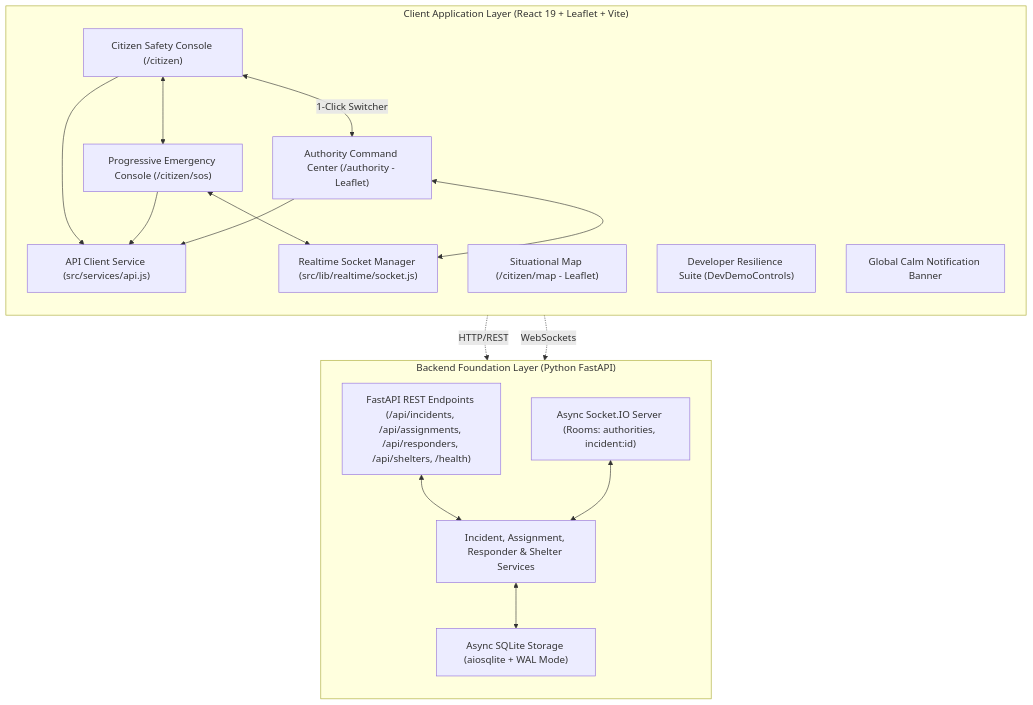
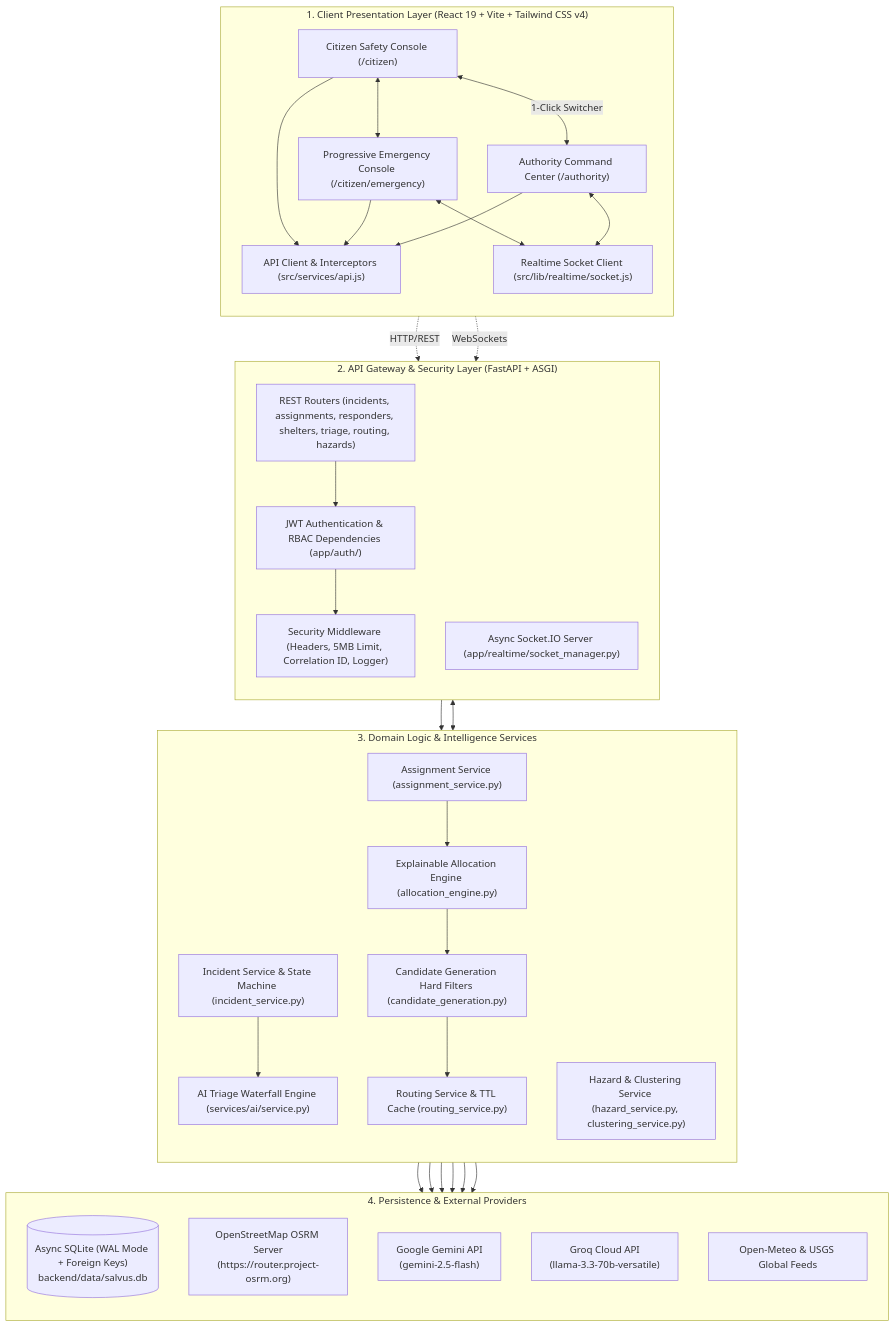
The first of 4 diagrams in docs/ARCHITECTURE.md (pritesh-4/SIH-2026---SALVUS), drawn with Mermaid before and after one commit. The commit also changed other lines of this file and 17 other files, not shown here.

````diff
--- a/docs/ARCHITECTURE.md
+++ b/docs/ARCHITECTURE.md
@@ -9,38 +11,61 @@
 ```mermaid
 flowchart TB
-    subgraph Client_App ["Client Application Layer (React 19 + Leaflet + Vite)"]
+    subgraph Client_Presentation ["1. Client Presentation Layer (React 19 + Vite + Tailwind CSS v4)"]
         direction TB
-        CitizenPortal["Citizen Safety Console (/citizen)"]
-        CitizenMap["Situational Map (/citizen/map - Leaflet)"]
-        CitizenEmergency["Progressive Emergency Console (/citizen/sos)"]
-        AuthorityCenter["Authority Command Center (/authority - Leaflet)"]
-        RealtimeSocket["Realtime Socket Manager (src/lib/realtime/socket.js)"]
-        APIService["API Client Service (src/services/api.js)"]
-        DevDemoPanel["Developer Resilience Suite (DevDemoControls)"]
-        NotificationSystem["Global Calm Notification Banner"]
+        CitizenApp["Citizen Safety Console (/citizen)"]
+        CitizenSOS["Progressive Emergency Console (/citizen/emergency)"]
+        AuthorityHQ["Authority Command Center (/authority)"]
+        SocketClient["Realtime Socket Client (src/lib/realtime/socket.js)"]
+        HTTPClient["API Client & Interceptors (src/services/api.js)"]
 
-        CitizenPortal <--> CitizenEmergency
-        CitizenPortal <-->|"1-Click Switcher"| AuthorityCenter
-        CitizenPortal --> APIService
-        CitizenEmergency --> APIService
-        CitizenEmergency <--> RealtimeSocket
-        AuthorityCenter --> APIService
-        AuthorityCenter <--> RealtimeSocket
+        CitizenApp <--> CitizenSOS
+        CitizenApp <-->|"1-Click Switcher"| AuthorityHQ
+        CitizenApp --> HTTPClient
+        CitizenSOS --> HTTPClient
+        CitizenSOS <--> SocketClient
+        AuthorityHQ --> HTTPClient
+        AuthorityHQ <--> SocketClient
     end
 
-    subgraph Backend_App ["Backend Foundation Layer (Python FastAPI)"]
+    subgraph API_Gateway ["2. API Gateway & Security Layer (FastAPI + ASGI)"]
         direction TB
-        APIGateway["FastAPI REST Endpoints (/api/incidents, /api/assignments, /api/responders, /api/shelters, /health)"]
-        SocketEngine["Async Socket.IO Server (Rooms: authorities, incident:id)"]
-        DomainService["Incident, Assignment, Responder & Shelter Services"]
-        DBLayer["Async SQLite Storage (aiosqlite + WAL Mode)"]
-
-        APIGateway <--> DomainService
-        SocketEngine <--> DomainService
-        DomainService <--> DBLayer
+        JWTAuth["JWT Authentication & RBAC Dependencies (app/auth/)"]
+        SecMiddleware["Security Middleware (Headers, 5MB Limit, Correlation ID, Logger)"]
+        APIRouters["REST Routers (incidents, assignments, responders, shelters, triage, routing, hazards)"]
+        SocketEngine["Async Socket.IO Server (app/realtime/socket_manager.py)"]
     end
 
-    %% Wiring
-    APIService -.->|HTTP/REST| APIGateway
-    RealtimeSocket -.->|WebSockets| SocketEngine
+    subgraph Domain_Services ["3. Domain Logic & Intelligence Services"]
+        direction TB
+        IncidentSvc["Incident Service & State Machine (incident_service.py)"]
+        AssignmentSvc["Assignment Service (assignment_service.py)"]
+        AllocationEng["Explainable Allocation Engine (allocation_engine.py)"]
+        CandidateGen["Candidate Generation Hard Filters (candidate_generation.py)"]
+        RoutingSvc["Routing Service & TTL Cache (routing_service.py)"]
+        HazardSvc["Hazard & Clustering Service (hazard_service.py, clustering_service.py)"]
+        AIService["AI Triage Waterfall Engine (services/ai/service.py)"]
+    end
+
+    subgraph Storage_Layer ["4. Persistence & External Providers"]
+        direction TB
+        SQLiteDB[("Async SQLite (WAL Mode + Foreign Keys)\nbackend/data/salvus.db")]
+        OSRMServer["OpenStreetMap OSRM Server\n(https://router.project-osrm.org)"]
+        GeminiCloud["Google Gemini API\n(gemini-2.5-flash)"]
+        GroqCloud["Groq Cloud API\n(llama-3.3-70b-versatile)"]
+        DisasterFeeds["Open-Meteo & USGS Global Feeds"]
+    end
+
+    HTTPClient -.->|HTTP/REST| APIRouters
+    SocketClient -.->|WebSockets| SocketEngine
+
+    APIRouters --> JWTAuth --> SecMiddleware --> Domain_Services
+    SocketEngine <--> Domain_Services
+
+    IncidentSvc --> AIService
+    AssignmentSvc --> AllocationEng --> CandidateGen --> RoutingSvc
+    IncidentSvc --> SQLiteDB
+    AssignmentSvc --> SQLiteDB
+    AIService --> GeminiCloud & GroqCloud
+    RoutingSvc --> OSRMServer
+    HazardSvc --> DisasterFeeds
 ```
````
